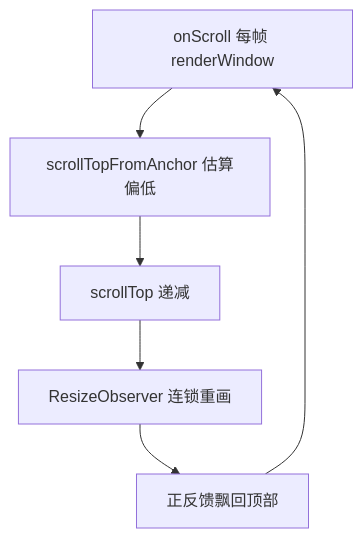
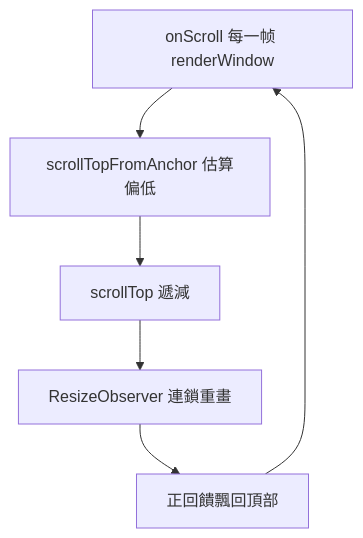
Before and after one commit to kratoswrathful-wy/talk-hanzi-joy: the sixth of 6 diagrams in docs/CAT_EDITOR_LARGE_FILE_PERF_2026-06.md, drawn with Mermaid. The commit also changed other lines of this file and 2 other files, not shown here.

````diff
--- a/docs/CAT_EDITOR_LARGE_FILE_PERF_2026-06.md
+++ b/docs/CAT_EDITOR_LARGE_FILE_PERF_2026-06.md
@@ -224,9 +295,9 @@
 ```mermaid
 flowchart TD
-  scroll[onScroll 每帧 renderWindow]
+  scroll[onScroll 每一帧 renderWindow]
   anchorRestore["scrollTopFromAnchor 估算偏低"]
-  decTop["scrollTop 递减"]
-  ro[ResizeObserver 连锁重画]
-  driftUp["正反馈飘回顶部"]
+  decTop["scrollTop 遞減"]
+  ro[ResizeObserver 連鎖重畫]
+  driftUp["正回饋飄回頂部"]
   scroll --> anchorRestore --> decTop --> ro --> driftUp --> scroll
 ```
````
